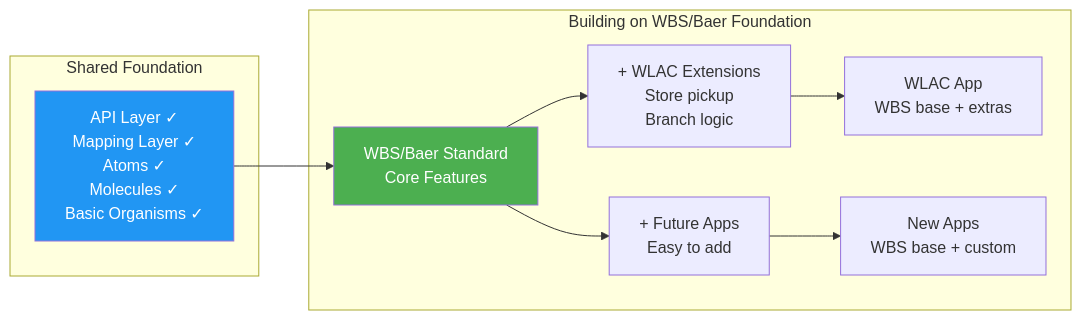
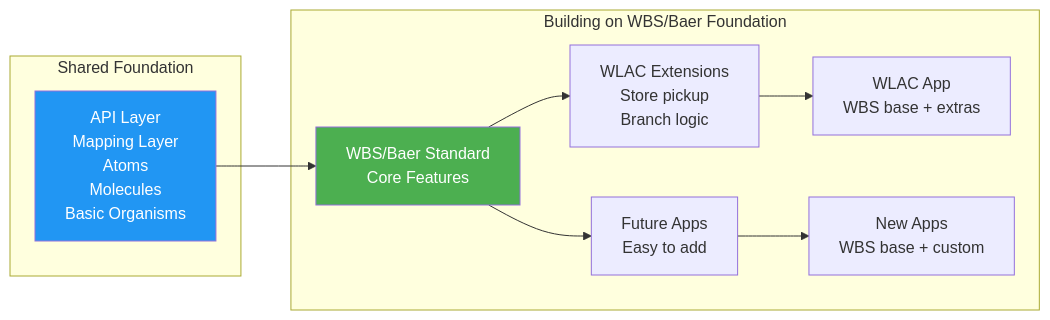
One commit to Villvay/front-end_reusability_docs changed the sixth of 10 diagrams in README.md. Above: the diagram before and after it, drawn with Mermaid. The commit also changed other lines of this file, not shown here.

````diff
--- a/README.md
+++ b/README.md
@@ -192,19 +182,19 @@
 ```mermaid
 graph LR
-    subgraph "Building on WBS/Baer Foundation"
-        WBSBase[WBS/Baer Standard<br/>Core Features]
-        WBSBase --> Extend1[+ WLAC Extensions<br/>Store pickup<br/>Branch logic]
-        WBSBase --> Extend2[+ Future Apps<br/>Easy to add]
+    subgraph WBS_Foundation[Building on WBS/Baer Foundation]
+        WBSBase["WBS/Baer Standard<br/>Core Features"]
+        WBSBase --> Extend1["WLAC Extensions<br/>Store pickup<br/>Branch logic"]
+        WBSBase --> Extend2["Future Apps<br/>Easy to add"]
         
-        Extend1 --> Result1[WLAC App<br/>WBS base + extras]
-        Extend2 --> Result2[New Apps<br/>WBS base + custom]
+        Extend1 --> Result1["WLAC App<br/>WBS base + extras"]
+        Extend2 --> Result2["New Apps<br/>WBS base + custom"]
     end
     
-    subgraph "Shared Foundation"
-        Shared[API Layer ✓<br/>Mapping Layer ✓<br/>Atoms ✓<br/>Molecules ✓<br/>Basic Organisms ✓]
+    subgraph Shared_Foundation[Shared Foundation]
+        Shared["API Layer<br/>Mapping Layer<br/>Atoms<br/>Molecules<br/>Basic Organisms"]
         Shared --> WBSBase
     end
     
     style WBSBase fill:#4CAF50,color:#fff
     style Shared fill:#2196F3,color:#fff
 ```
````
